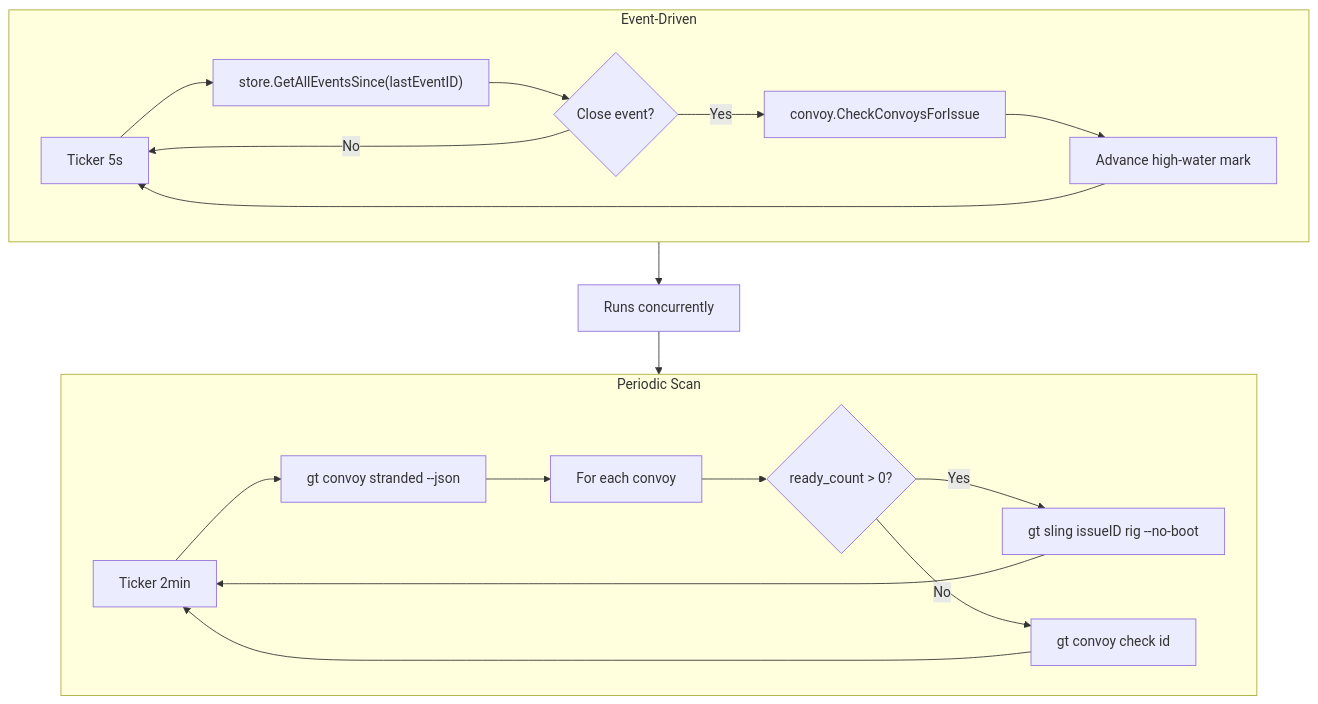
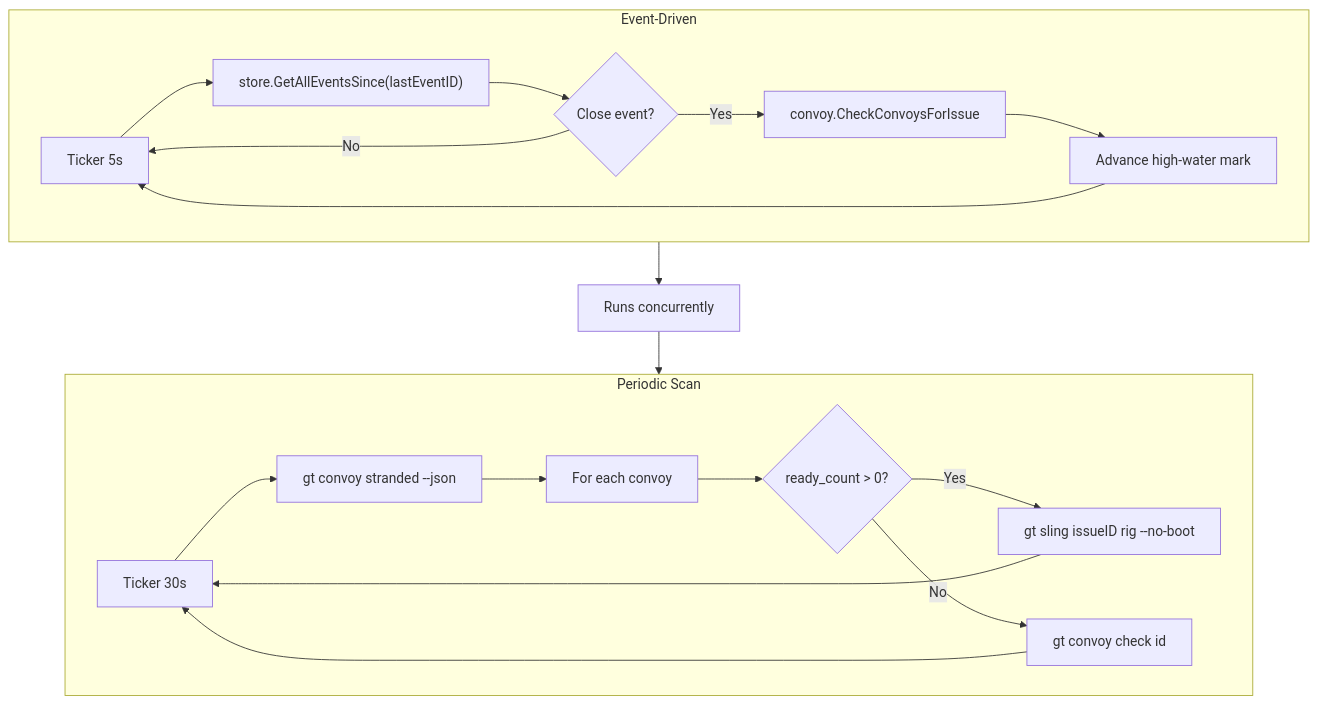
One commit to olofj/gastown changed the diagram in docs/design/convoy/daemon.md. Above: the diagram before and after it, drawn with Mermaid. The commit also changed other lines of this file and 6 other files, not shown here.

````diff
--- a/docs/design/convoy/daemon.md
+++ b/docs/design/convoy/daemon.md
@@ -9,26 +9,26 @@
 ```mermaid
 flowchart TB
     subgraph eventDriven [Event-Driven]
         eventTick["Ticker 5s"] --> poll["store.GetAllEventsSince(lastEventID)"]
         poll --> closed{"Close event?"}
         closed -->|No| eventTick
         closed -->|Yes| check["convoy.CheckConvoysForIssue"]
         check --> advance["Advance high-water mark"]
         advance --> eventTick
     end
 
     concurrent["Runs concurrently"]
     eventDriven --> concurrent
 
     subgraph periodicScan [Periodic Scan]
-        scanTick["Ticker 2min"] --> stranded["gt convoy stranded --json"]
+        scanTick["Ticker 30s"] --> stranded["gt convoy stranded --json"]
         stranded --> each["For each convoy"]
         each --> ready{"ready_count > 0?"}
         ready -->|Yes| sling["gt sling issueID rig --no-boot"]
         ready -->|No| close["gt convoy check id"]
         sling --> scanTick
         close --> scanTick
     end
 
     concurrent --> periodicScan
 ```
````
